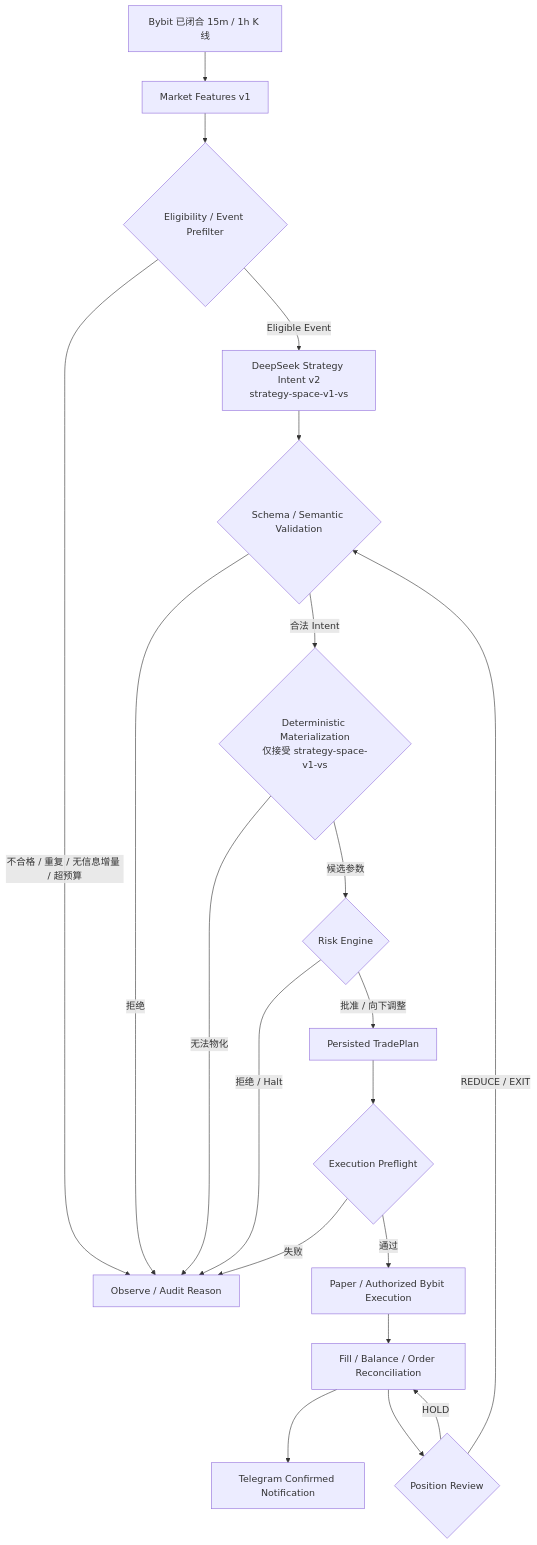
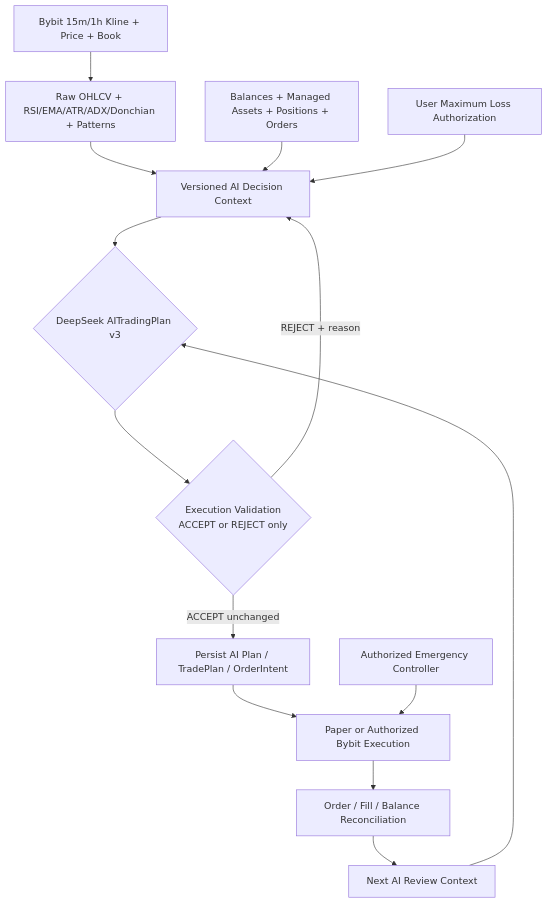
The second of 2 diagrams in docs/DEVELOPMENT_PLAN.md (misakimei123/iron-pilot), drawn with Mermaid before and after one commit. The commit also changed other lines of this file and 11 other files, not shown here.

Commit message:
docs(plan): adopt AI-dominant trading architecture

````diff
--- a/docs/DEVELOPMENT_PLAN.md
+++ b/docs/DEVELOPMENT_PLAN.md
@@ -1323,36 +1039,29 @@
 ```mermaid
 flowchart TD
-    K["Bybit 已闭合 15m / 1h K 线"]
-    F["Market Features v1"]
-    E{"Eligibility / Event Prefilter"}
-    A["DeepSeek Strategy Intent v2<br/>strategy-space-v1-vs"]
-    V{"Schema / Semantic Validation"}
-    M{"Deterministic Materialization<br/>仅接受 strategy-space-v1-vs"}
-    R{"Risk Engine"}
-    T["Persisted TradePlan"]
-    P{"Execution Preflight"}
-    X["Paper / Authorized Bybit Execution"]
-    C["Fill / Balance / Order Reconciliation"]
-    H{"Position Review"}
-    N["Telegram Confirmed Notification"]
-    O["Observe / Audit Reason"]
+    B["Bybit 15m/1h Kline + Price + Book"]
+    F["Raw OHLCV + RSI/EMA/ATR/ADX/Donchian + Patterns"]
+    A["Balances + Managed Assets + Positions + Orders"]
+    U["User Maximum Loss Authorization"]
+    C["Versioned AI Decision Context"]
+    AI{"DeepSeek AITradingPlan v3"}
+    V{"Execution Validation<br/>ACCEPT or REJECT only"}
+    T["Persist AI Plan / TradePlan / OrderIntent"]
+    X["Paper or Authorized Bybit Execution"]
+    R["Order / Fill / Balance Reconciliation"]
+    N["Next AI Review Context"]
+    E["Authorized Emergency Controller"]
 
-    K --> F --> E
-    E -->|"不合格 / 重复 / 无信息增量 / 超预算"| O
-    E -->|"Eligible Event"| A
-    A --> V
-    V -->|"拒绝"| O
-    V -->|"合法 Intent"| M
-    M -->|"无法物化"| O
-    M -->|"候选参数"| R
-    R -->|"拒绝 / Halt"| O
-    R -->|"批准 / 向下调整"| T
-    T --> P
-    P -->|"失败"| O
-    P -->|"通过"| X
-    X --> C
-    C --> N
-    C --> H
-    H -->|"HOLD"| C
-    H -->|"REDUCE / EXIT"| V
+    B --> F
+    F --> C
+    A --> C
+    U --> C
+    C --> AI
+    AI --> V
+    V -->|ACCEPT unchanged| T
+    V -->|REJECT + reason| C
+    T --> X
+    X --> R
+    R --> N
+    N --> AI
+    E --> X
 ```
````
